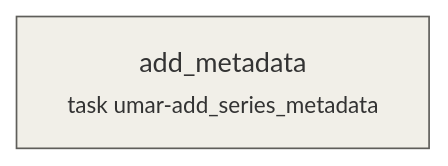
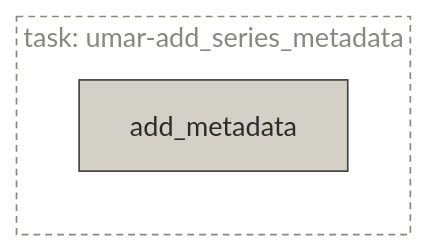
One commit to majazaloznik/umar-automation-scripts changed the diagram in docs/pipelines/task-umar-add_series_metadata.md. Above: the diagram before and after it, drawn with Mermaid. The commit also changed 31 other files, not shown here.

Commit message:
Update mermaid plots in pipelines

````diff
--- a/docs/pipelines/task-umar-add_series_metadata.md
+++ b/docs/pipelines/task-umar-add_series_metadata.md
@@ -21,8 +21,12 @@
 ```mermaid
 flowchart LR
-  add_metadata["add_metadata<br/><small>task umar-add_series_metadata</small>"]:::step
-  classDef source fill:#FAECE7,stroke:#993C1D
-  classDef step fill:#F1EFE8,stroke:#5F5E5A
-  classDef store fill:#E1F5EE,stroke:#0F6E56
-  classDef output fill:#EEEDFE,stroke:#534AB7
+  
+  subgraph task_umar_add_series_metadata["task: umar-add_series_metadata"]
+    add_metadata["add_metadata"]:::step
+  end
+  style task_umar_add_series_metadata fill:none,stroke:#888780,stroke-dasharray:4 3,color:#888780
+  classDef source fill:#F0997B,stroke:#712B13,color:#4A1B0C,stroke-width:1px
+  classDef step fill:#D3D1C7,stroke:#444441,color:#2C2C2A,stroke-width:1px
+  classDef store fill:#5DCAA5,stroke:#085041,color:#04342C,stroke-width:1px
+  classDef output fill:#AFA9EC,stroke:#3C3489,color:#26215C,stroke-width:1px
 ```
````
